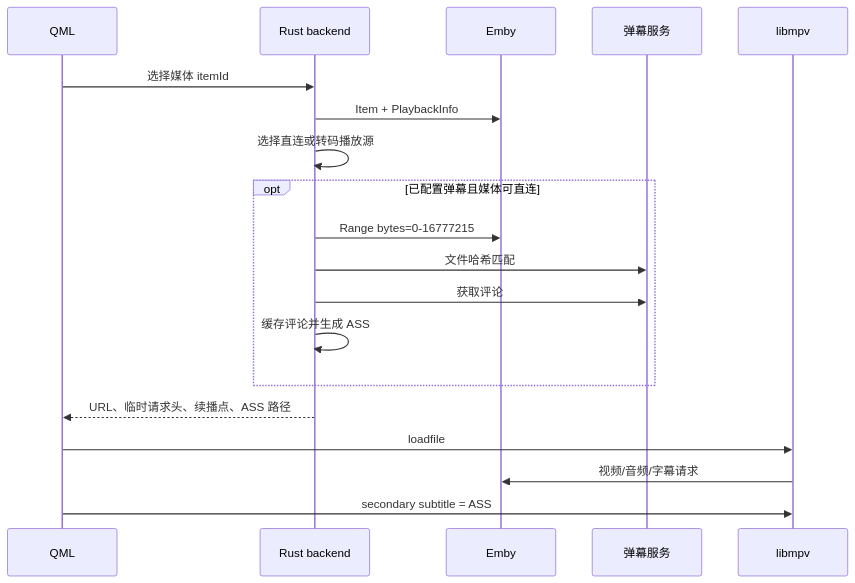
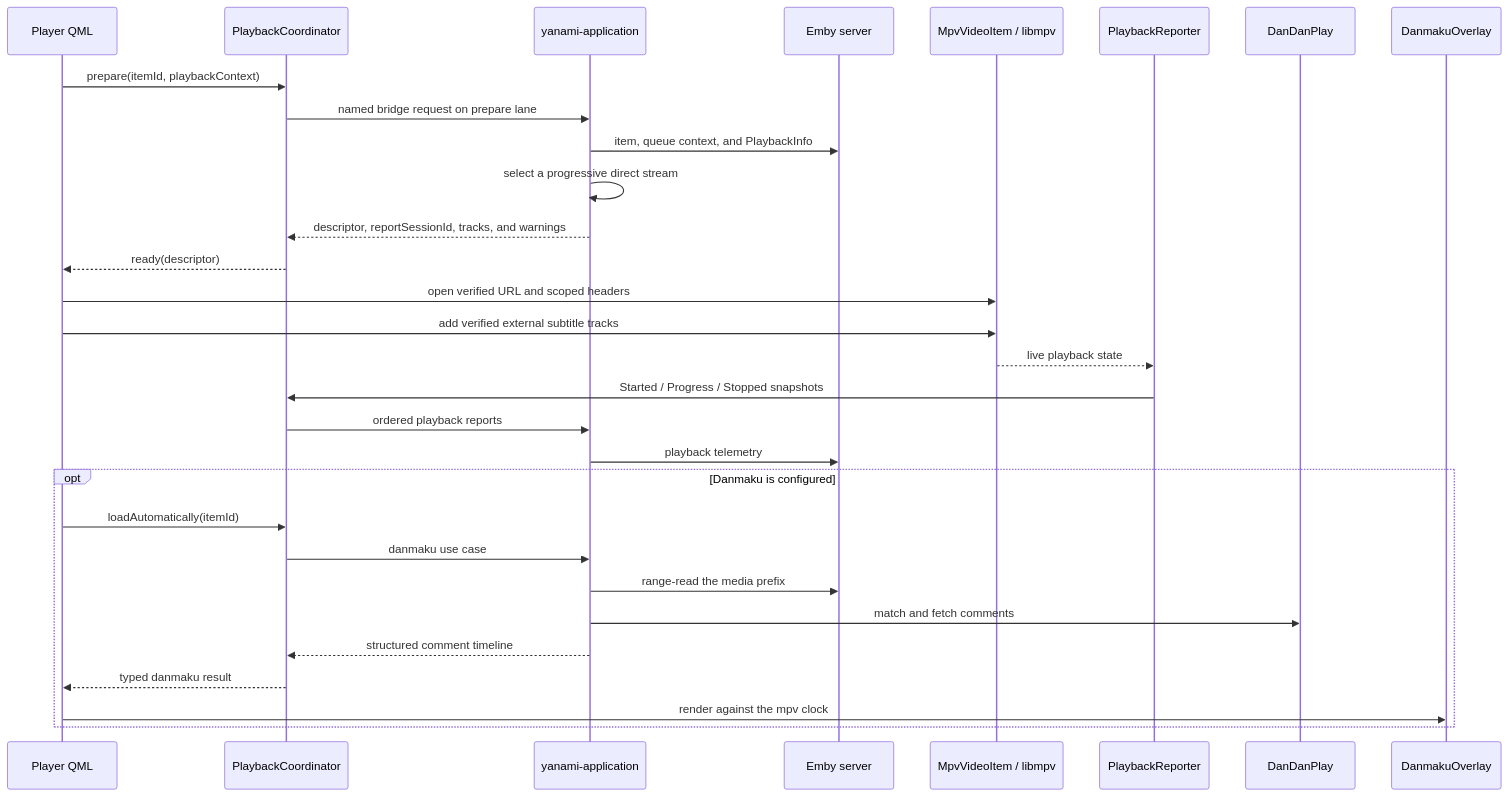
Before and after one commit to TwooSix/Yanami: the third of 3 diagrams in docs/ARCHITECTURE.md, drawn with Mermaid. The commit also changed other lines of this file and 328 other files, not shown here.

First line of the commit message:
feat: prepare Yanami for cross-platform preview releases

````diff
--- a/docs/ARCHITECTURE.md
+++ b/docs/ARCHITECTURE.md
@@ -35,22 +212,33 @@
 ```mermaid
 sequenceDiagram
-    participant UI as QML
-    participant Rust as Rust backend
-    participant Emby as Emby
-    participant Danmaku as 弹幕服务
-    participant MPV as libmpv
+    participant QML as Player QML
+    participant CPP as PlaybackCoordinator
+    participant App as yanami-application
+    participant Emby as Emby server
+    participant MPV as MpvVideoItem / libmpv
+    participant Reporter as PlaybackReporter
+    participant Dandan as DanDanPlay
+    participant Overlay as DanmakuOverlay
 
-    UI->>Rust: 选择媒体 itemId
-    Rust->>Emby: Item + PlaybackInfo
-    Rust->>Rust: 选择直连或转码播放源
-    opt 已配置弹幕且媒体可直连
-        Rust->>Emby: Range bytes=0-16777215
-        Rust->>Danmaku: 文件哈希匹配
-        Rust->>Danmaku: 获取评论
-        Rust->>Rust: 缓存评论并生成 ASS
+    QML->>CPP: prepare(itemId, playbackContext)
+    CPP->>App: named bridge request on prepare lane
+    App->>Emby: item, queue context, and PlaybackInfo
+    App->>App: select a progressive direct stream
+    App-->>CPP: descriptor, reportSessionId, tracks, and warnings
+    CPP-->>QML: ready(descriptor)
+    QML->>MPV: open verified URL and scoped headers
+    QML->>MPV: add verified external subtitle tracks
+    MPV-->>Reporter: live playback state
+    Reporter->>CPP: Started / Progress / Stopped snapshots
+    CPP->>App: ordered playback reports
+    App->>Emby: playback telemetry
+    opt Danmaku is configured
+        QML->>CPP: loadAutomatically(itemId)
+        CPP->>App: danmaku use case
+        App->>Emby: range-read the media prefix
+        App->>Dandan: match and fetch comments
+        App-->>CPP: structured comment timeline
+        CPP-->>QML: typed danmaku result
+        QML->>Overlay: render against the mpv clock
     end
-    Rust-->>UI: URL、临时请求头、续播点、ASS 路径
-    UI->>MPV: loadfile
-    MPV->>Emby: 视频/音频/字幕请求
-    UI->>MPV: secondary subtitle = ASS
 ```
````
